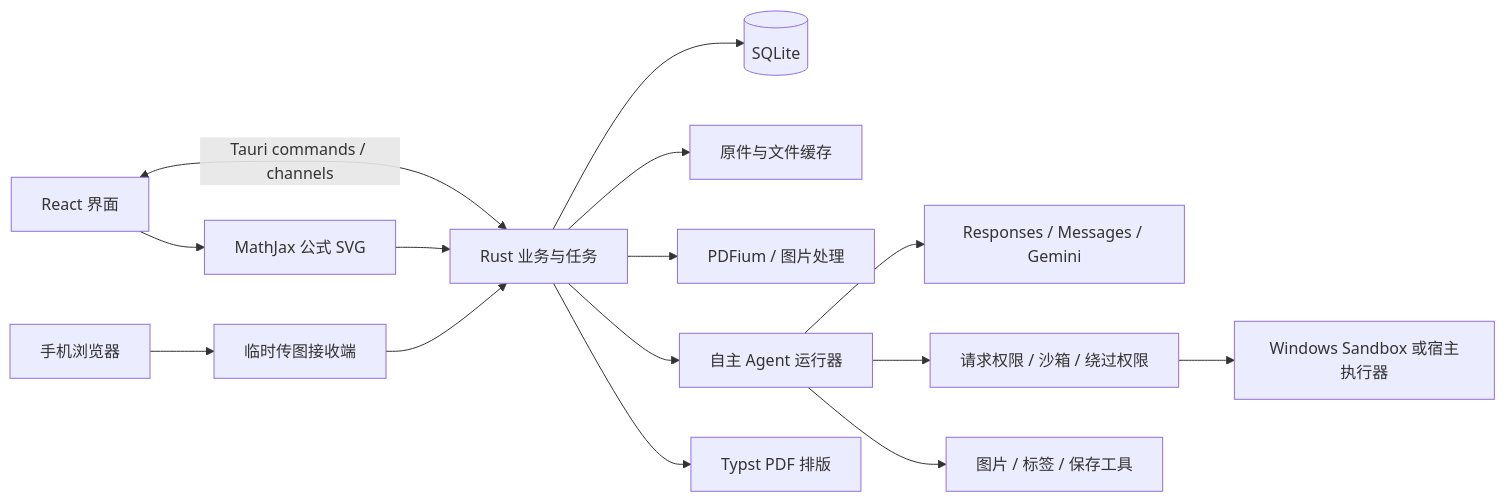
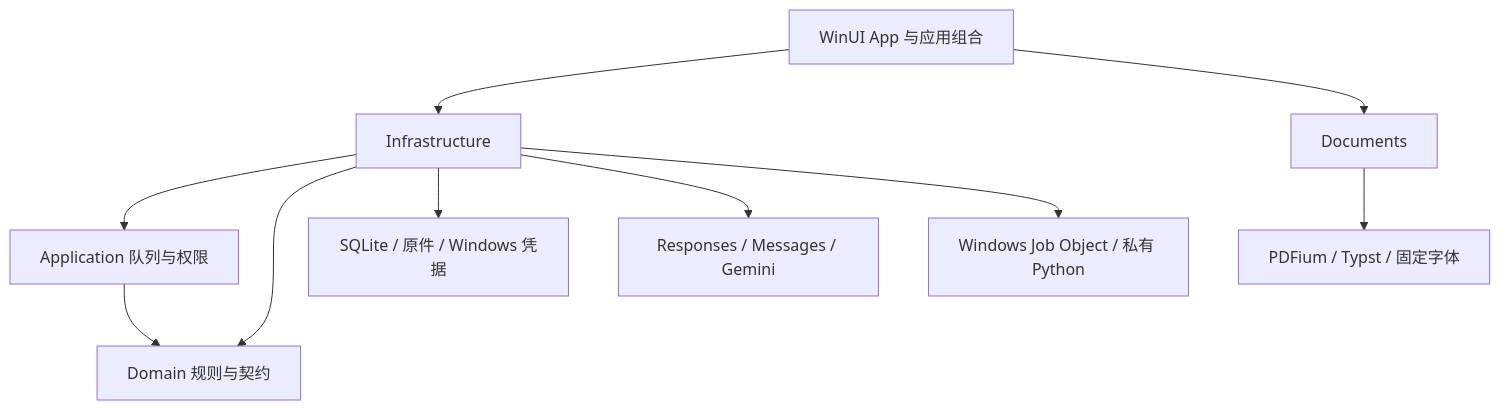
The diagram in docs/architecture.zh-CN.md (TaiRuiQu/oh-my-study), drawn with Mermaid before and after one commit. The commit also changed other lines of this file and 264 other files, not shown here.

````diff
--- a/docs/architecture.zh-CN.md
+++ b/docs/architecture.zh-CN.md
@@ -35,17 +15,12 @@
 ```mermaid
-flowchart LR
-    UI[React 界面] <-->|Tauri commands / channels| Core[Rust 业务与任务]
-    Core --> DB[(SQLite)]
-    Core --> Files[原件与文件缓存]
-    Core --> PDF[PDFium / 图片处理]
-    Core --> Agent[自主 Agent 运行器]
-    Agent --> Providers[Responses / Messages / Gemini]
-    Agent --> Policy[请求权限 / 沙箱 / 绕过权限]
-    Policy --> Exec[Windows Sandbox 或宿主执行器]
-    Agent --> Tools[图片 / 标签 / 保存工具]
-    UI --> Math[MathJax 公式 SVG]
-    Math --> Core
-    Core --> Print[Typst PDF 排版]
-    Phone[手机浏览器] --> Receiver[临时传图接收端]
-    Receiver --> Core
+flowchart TD
+    App[WinUI App 与应用组合] --> Infra[Infrastructure]
+    App --> Docs[Documents]
+    Infra --> Application[Application 队列与权限]
+    Application --> Domain[Domain 规则与契约]
+    Infra --> Domain
+    Infra --> Data[SQLite / 原件 / Windows 凭据]
+    Infra --> Models[Responses / Messages / Gemini]
+    Infra --> Host[Windows Job Object / 私有 Python]
+    Docs --> Engines[PDFium / Typst / 固定字体]
 ```
````
